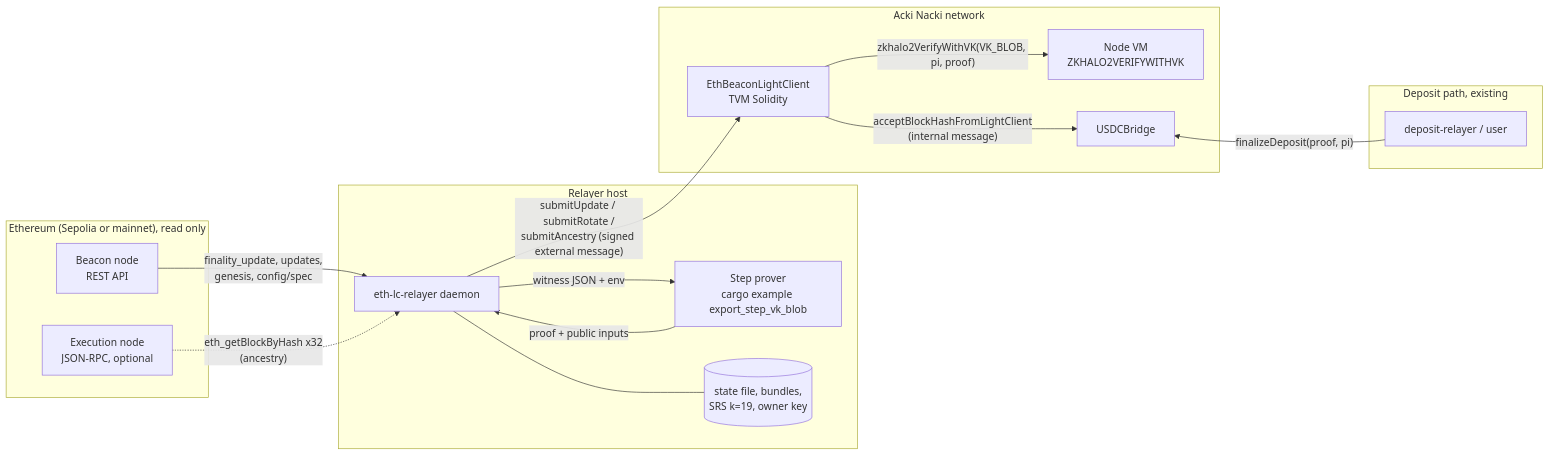
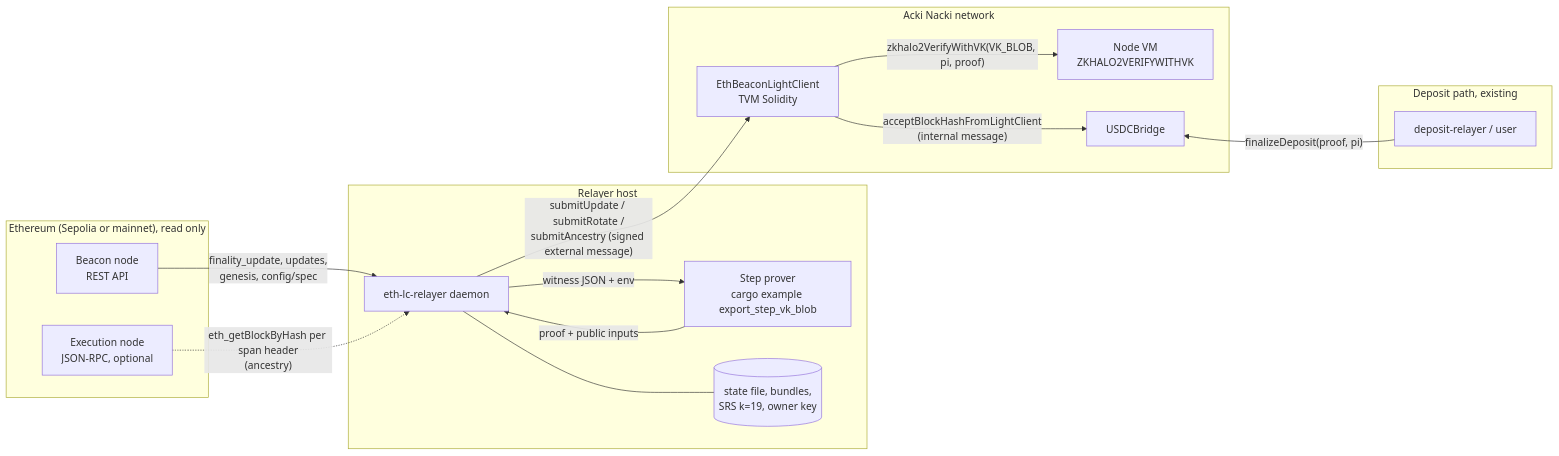
Before and after one commit to gosh-sh/bridge: the first of 5 diagrams in docs/eth-light-client.md, drawn with Mermaid. The commit also changed other lines of this file and 10 other files, not shown here.

````diff
--- a/docs/eth-light-client.md
+++ b/docs/eth-light-client.md
@@ -60,30 +60,30 @@
 ```mermaid
 flowchart LR
   subgraph ETH["Ethereum (Sepolia or mainnet), read only"]
     BN["Beacon node<br/>REST API"]
     EN["Execution node<br/>JSON-RPC, optional"]
   end
   subgraph RH["Relayer host"]
     D["eth-lc-relayer daemon"]
     P["Step prover<br/>cargo example export_step_vk_blob"]
     S[("state file, bundles,<br/>SRS k=19, owner key")]
   end
   subgraph AN["Acki Nacki network"]
     N["Node VM<br/>ZKHALO2VERIFYWITHVK"]
     LC["EthBeaconLightClient<br/>TVM Solidity"]
     UB["USDCBridge"]
   end
   subgraph DEP["Deposit path, existing"]
     DR["deposit-relayer / user"]
   end
   BN -- "finality_update, updates,<br/>genesis, config/spec" --> D
-  EN -. "eth_getBlockByHash x32<br/>(ancestry)" .-> D
+  EN -. "eth_getBlockByHash per span header<br/>(ancestry)" .-> D
   D -- "witness JSON + env" --> P
   P -- "proof + public inputs" --> D
   D --- S
   D -- "submitUpdate / submitRotate /<br/>submitAncestry (signed external message)" --> LC
   LC -- "zkhalo2VerifyWithVK(VK_BLOB, pi, proof)" --> N
   LC -- "acceptBlockHashFromLightClient<br/>(internal message)" --> UB
   UB ~~~ DR
   DR -- "finalizeDeposit(proof, pi)" --> UB
 ```
````
